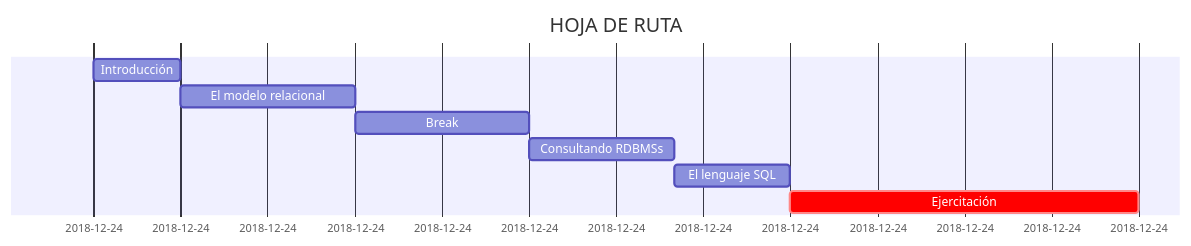
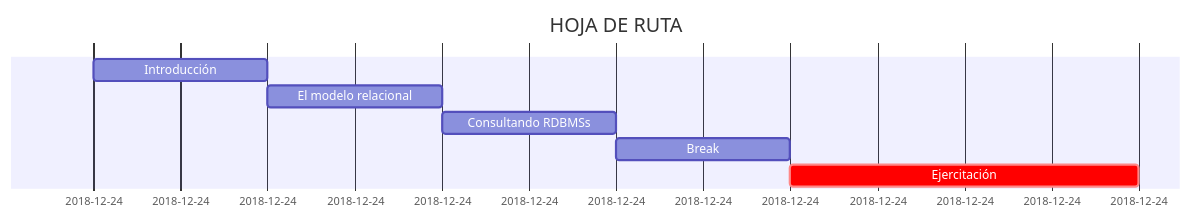
Before and after one commit to fergarciafer/base-de-datos: the diagram in content/clase1/_index.md, drawn with Mermaid. The commit also changed other lines of this file and 34 other files, not shown here.

```diff
--- a/content/clase1/_index.md
+++ b/content/clase1/_index.md
@@ -8,11 +8,10 @@
 {{<mermaid>}}
 gantt
         dateFormat H
         title HOJA DE RUTA
-        Introducción            :      des1, 19, 15m
+        Introducción            :      des1, 19, 30m
         El modelo relacional    :      des2, after des1 , 30m
-        Break                   :      des3, after des2, 30m
-        Consultando RDBMSs      :      des4, after des3, 25m
-        El lenguaje SQL         :      des5, after des4, 20m
-        Ejercitación            :crit, des6, after des5, 1h
+        Consultando RDBMSs      :      des3, after des2, 30m
+        Break                   :      des4, after des3, 30m
+        Ejercitación            :crit, des5, after des4, 1h
 {{< /mermaid >}}
```
